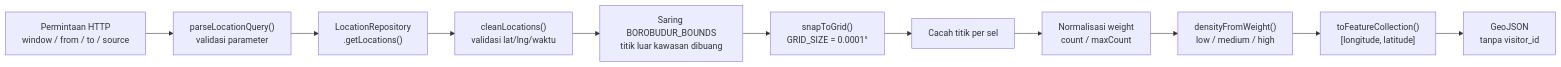
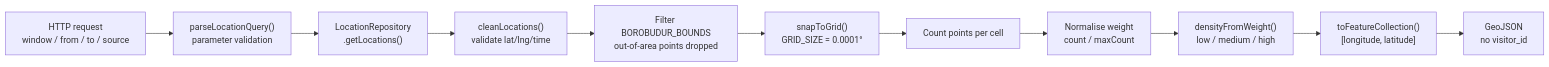
The fifth of 8 diagrams in docs/BLUEPRINT.md (Hitchgernn/heatmap-dashboard), drawn with Mermaid before and after one commit. The commit also changed other lines of this file and 11 other files, not shown here.

````diff
--- a/docs/BLUEPRINT.md
+++ b/docs/BLUEPRINT.md
@@ -578,16 +561,16 @@
 ```mermaid
 flowchart LR
-    A["Permintaan HTTP<br/>window / from / to / source"]
-    B["parseLocationQuery()<br/>validasi parameter"]
+    A["HTTP request<br/>window / from / to / source"]
+    B["parseLocationQuery()<br/>parameter validation"]
     C["LocationRepository<br/>.getLocations()"]
-    D["cleanLocations()<br/>validasi lat/lng/waktu"]
-    E["Saring BOROBUDUR_BOUNDS<br/>titik luar kawasan dibuang"]
+    D["cleanLocations()<br/>validate lat/lng/time"]
+    E["Filter BOROBUDUR_BOUNDS<br/>out-of-area points dropped"]
     F["snapToGrid()<br/>GRID_SIZE = 0.0001°"]
-    G["Cacah titik per sel"]
-    H["Normalisasi weight<br/>count / maxCount"]
+    G["Count points per cell"]
+    H["Normalise weight<br/>count / maxCount"]
     I["densityFromWeight()<br/>low / medium / high"]
     J["toFeatureCollection()<br/>[longitude, latitude]"]
-    K["GeoJSON<br/>tanpa visitor_id"]
+    K["GeoJSON<br/>no visitor_id"]
 
     A --> B --> C --> D --> E --> F --> G --> H --> I --> J --> K
 ```
````
